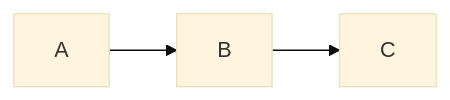
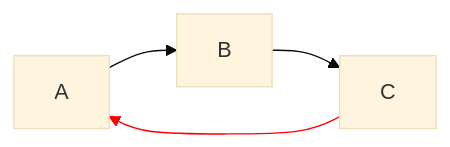
One commit to jt4d-lab/weld changed the third of 5 diagrams in docs/core-concepts/direction.md. Above: the diagram before and after it, drawn with Mermaid (base theme). The commit also changed other lines of this file and 1 other file, not shown here.

````diff
--- a/docs/core-concepts/direction.md
+++ b/docs/core-concepts/direction.md
@@ -31,4 +72,7 @@
 ```mermaid
-flowchart LR
-    A --> B --> C
+    flowchart LR
+        A --> B --> C e1@ --> A
+
+    class e1 badlink
+    classDef badlink stroke:#f00
 ```
````
